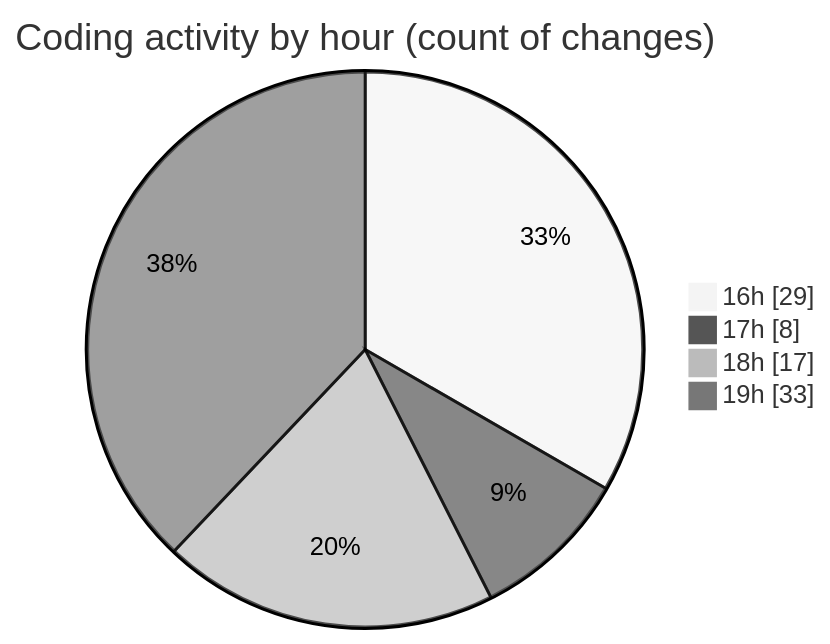
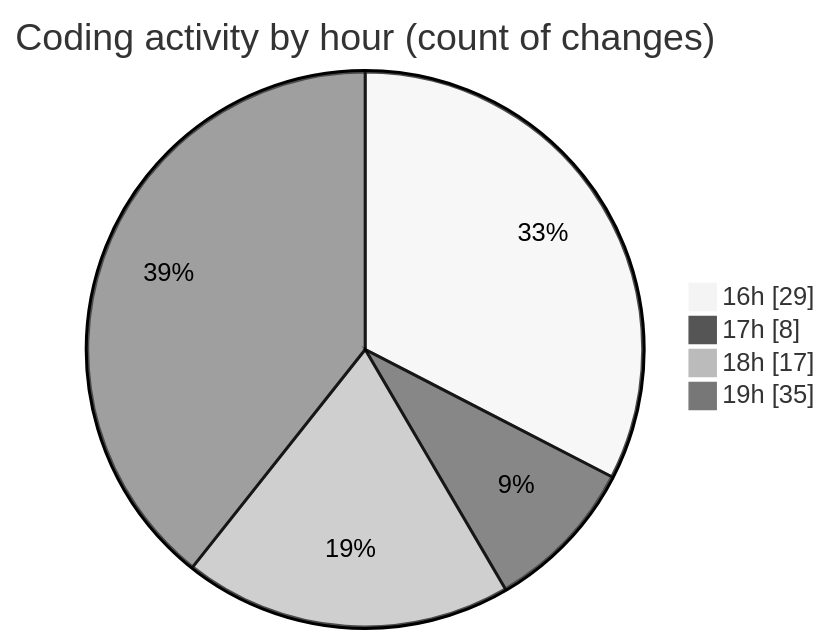
One commit to Netris89/code-tracking changed the second of 2 diagrams in 2025-11-01/skintrack/README.md. Above: the diagram before and after it, drawn with Mermaid (neutral theme). The commit also changed other lines of this file and 1 other file, not shown here.

````diff
--- a/2025-11-01/skintrack/README.md
+++ b/2025-11-01/skintrack/README.md
@@ -35,8 +35,8 @@
 ```mermaid
 pie showData
 title Coding activity by hour (count of changes)
 "16h" : 29
 "17h" : 8
 "18h" : 17
-"19h" : 33
+"19h" : 35
 ```
````
